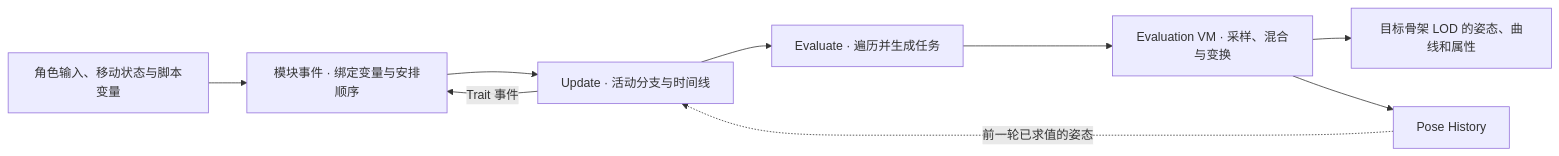
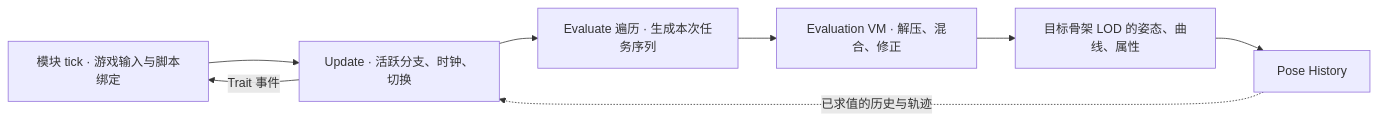
One commit to re-define/render-lab changed the diagram in docs/unreal-animation-framework.md. Above: the diagram before and after it, drawn with Mermaid. The commit also changed other lines of this file and 2 other files, not shown here.

```diff
--- a/docs/unreal-animation-framework.md
+++ b/docs/unreal-animation-framework.md
@@ -18,11 +11,10 @@
 ~~~mermaid
 flowchart LR
-    I["角色输入、移动状态与脚本变量"] --> M["模块事件 · 绑定变量与安排顺序"]
-    M --> U["Update · 活动分支与时间线"]
-    U --> E["Evaluate · 遍历并生成任务"]
-    E --> V["Evaluation VM · 采样、混合与变换"]
-    V --> P["目标骨架 LOD 的姿态、曲线和属性"]
-    V --> H["Pose History"]
-    H -.->|前一轮已求值的姿态| U
-    U -->|Trait 事件| M
+    T["模块 tick · 游戏输入与脚本绑定"] --> U["Update · 活跃分支、时钟、切换"]
+    U --> E["Evaluate 遍历 · 生成本次任务序列"]
+    E --> V["Evaluation VM · 解压、混合、修正"]
+    V --> P["目标骨架 LOD 的姿态、曲线、属性"]
+    P --> H["Pose History"]
+    H -.->|已求值的历史与轨迹| U
+    U -->|Trait 事件| T
 ~~~
```
